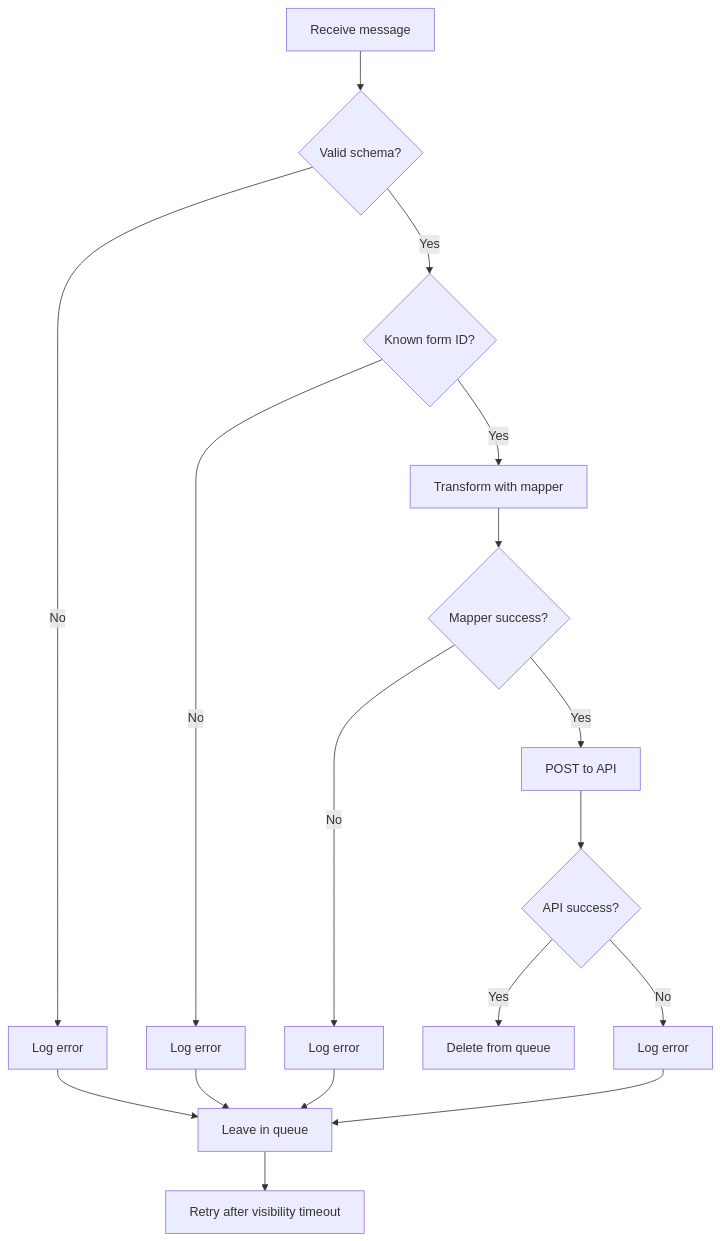
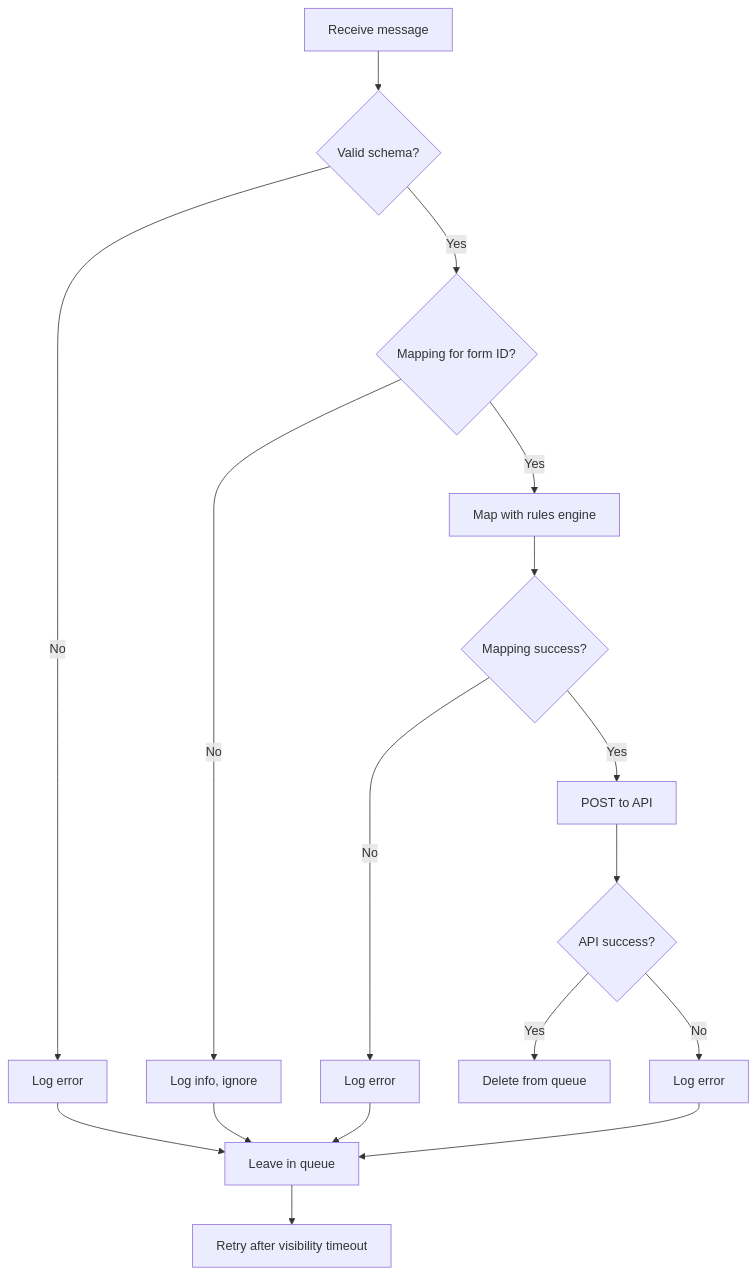
Before and after one commit to DEFRA/forms-newls-cwt-listener: the fourth of 4 diagrams in docs/02-architecture.md, drawn with Mermaid. The commit also changed other lines of this file and 40 other files, not shown here.

````diff
--- a/docs/02-architecture.md
+++ b/docs/02-architecture.md
@@ -141,19 +136,19 @@
 ```mermaid
 graph TD
     A[Receive message] --> B{Valid schema?}
     B -->|No| C[Log error]
     C --> D[Leave in queue]
-    B -->|Yes| E{Known form ID?}
-    E -->|No| F[Log error]
+    B -->|Yes| E{Mapping for form ID?}
+    E -->|No| F[Log info, ignore]
     F --> D
-    E -->|Yes| G[Transform with mapper]
-    G --> H{Mapper success?}
+    E -->|Yes| G[Map with rules engine]
+    G --> H{Mapping success?}
     H -->|No| I[Log error]
     I --> D
     H -->|Yes| J[POST to API]
     J --> K{API success?}
     K -->|Yes| L[Delete from queue]
     K -->|No| M[Log error]
     M --> D
     D --> N[Retry after visibility timeout]
 ```
````
